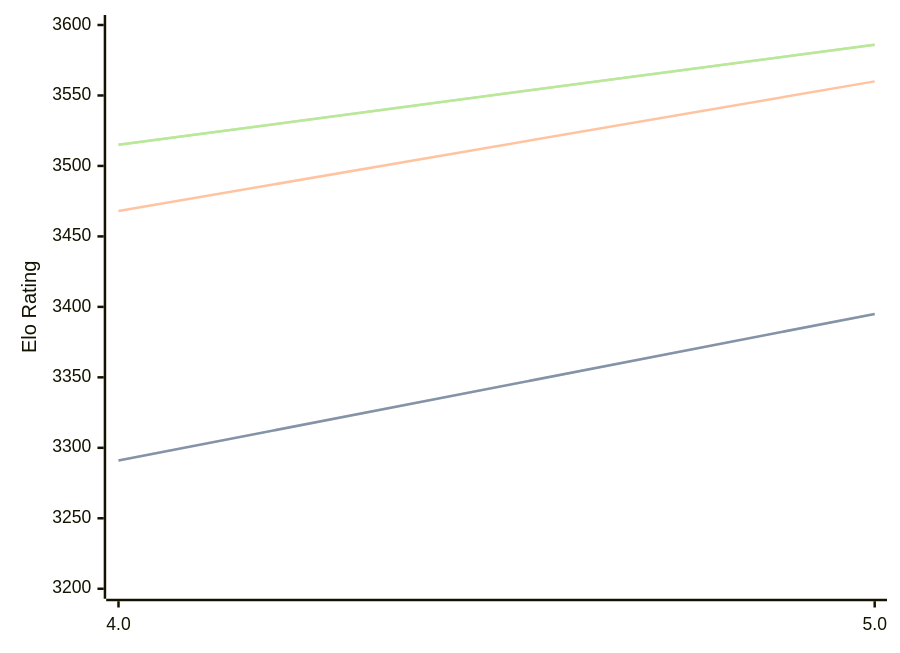
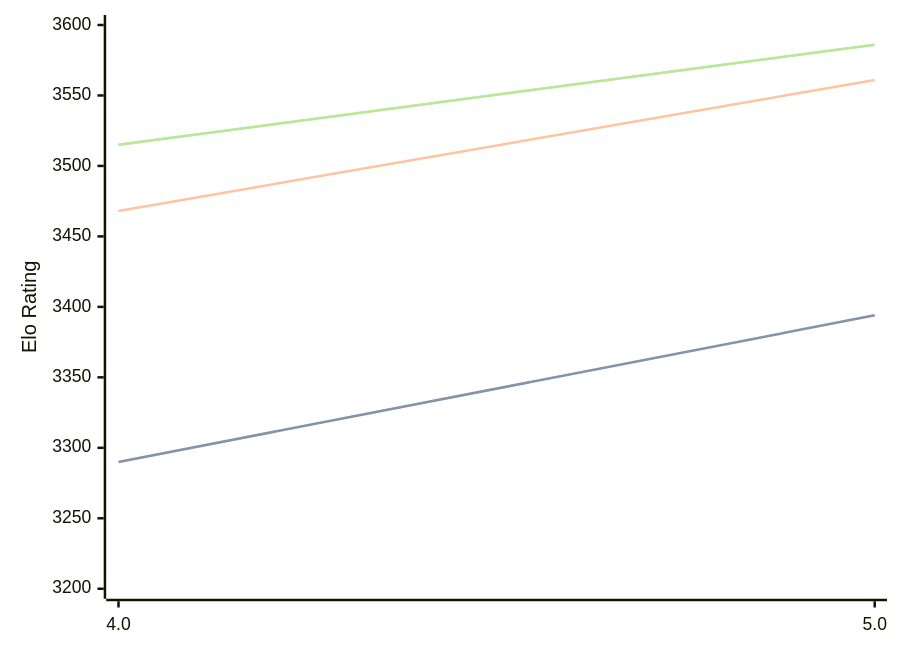
The diagram in engines/Tarnished.md (computer-chess-index/cci), drawn with Mermaid before and after one commit. The commit also changed other lines of this file, not shown here.

Commit message:
Update CCI Ratings (ELO VLTC) - 2026-03-12

````diff
--- a/engines/Tarnished.md
+++ b/engines/Tarnished.md
@@ -34,11 +34,11 @@
 ```mermaid
 %%{init: {"theme":"base","themeVariables":{"seriesColors:['#a3a3a3','#222221','#faa371']}}}%%
 xychart-beta
   x-axis ["4.0", "5.0"]
   y-axis "Elo Rating" 3200 --> 3600
-  line "STC (8.0+0.08s)" [3291, 3395]
-  line "STC (8.0+0.08s)" [3291, 3395]
-  line "LTC (60.0+0.60s)" [3468, 3560]
+  line "STC (8.0+0.08s)" [3290, 3394]
+  line "STC (8.0+0.08s)" [3290, 3394]
+  line "LTC (60.0+0.60s)" [3468, 3561]
   line "VLTC (2m24s+1.12s)" [3515, 3586]
   line "VLTC (2m24s+1.12s)" [3515, 3586]
 ```
````
